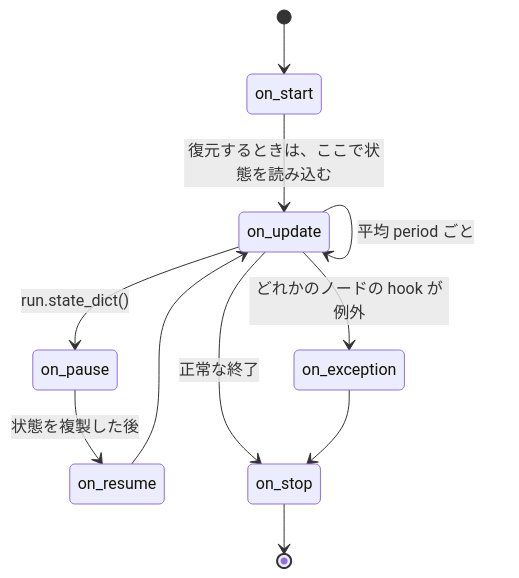
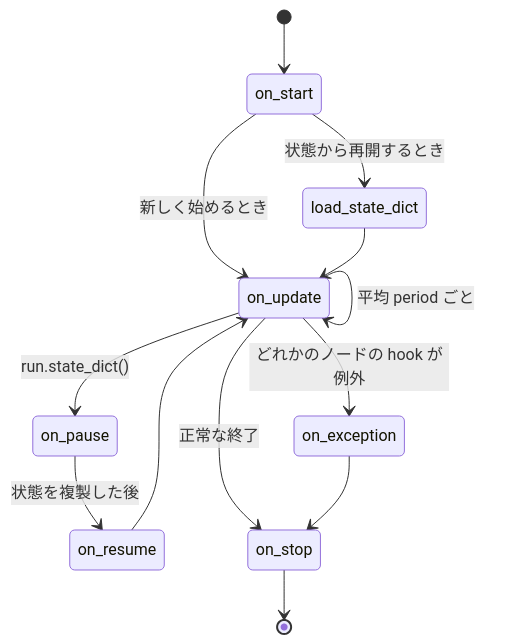
The second of 5 diagrams in docs/ja/concepts.md (Geson-anko/mujou), drawn with Mermaid before and after one commit. The commit also changed other lines of this file and 49 other files, not shown here.

````diff
--- a/docs/ja/concepts.md
+++ b/docs/ja/concepts.md
@@ -75,13 +43,15 @@
 ```mermaid
 stateDiagram-v2
     [*] --> on_start
-    on_start --> on_update : 復元するときは、ここで状態を読み込む
+    on_start --> load_state_dict : 状態から再開するとき
+    on_start --> on_update : 新しく始めるとき
+    load_state_dict --> on_update
     on_update --> on_update : 平均 period ごと
     on_update --> on_pause : run.state_dict()
     on_pause --> on_resume : 状態を複製した後
     on_resume --> on_update
     on_update --> on_stop : 正常な終了
     on_update --> on_exception : どれかのノードの hook が例外
     on_exception --> on_stop
     on_stop --> [*]
 ```
````
